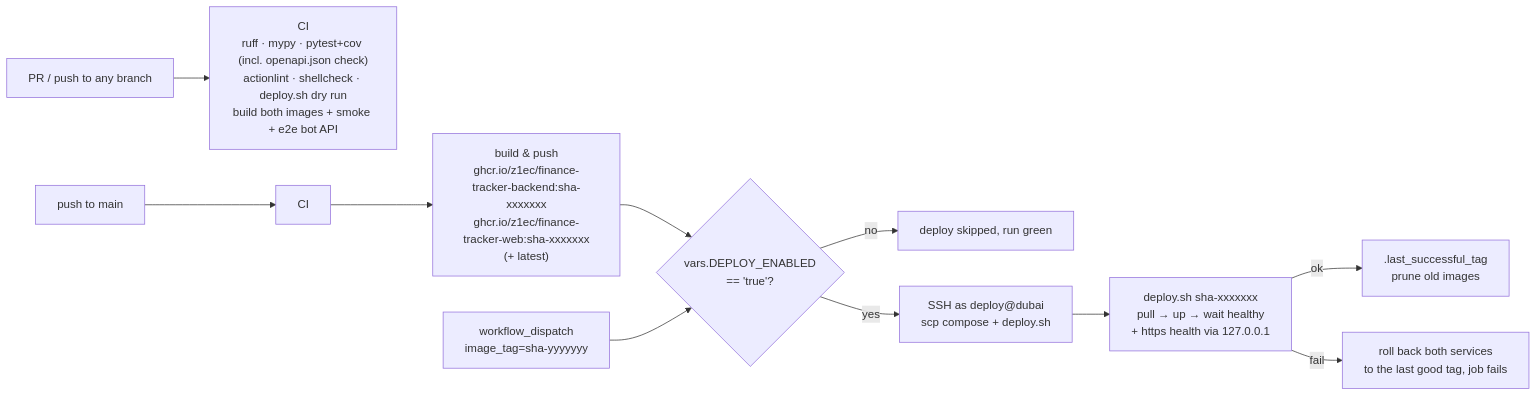
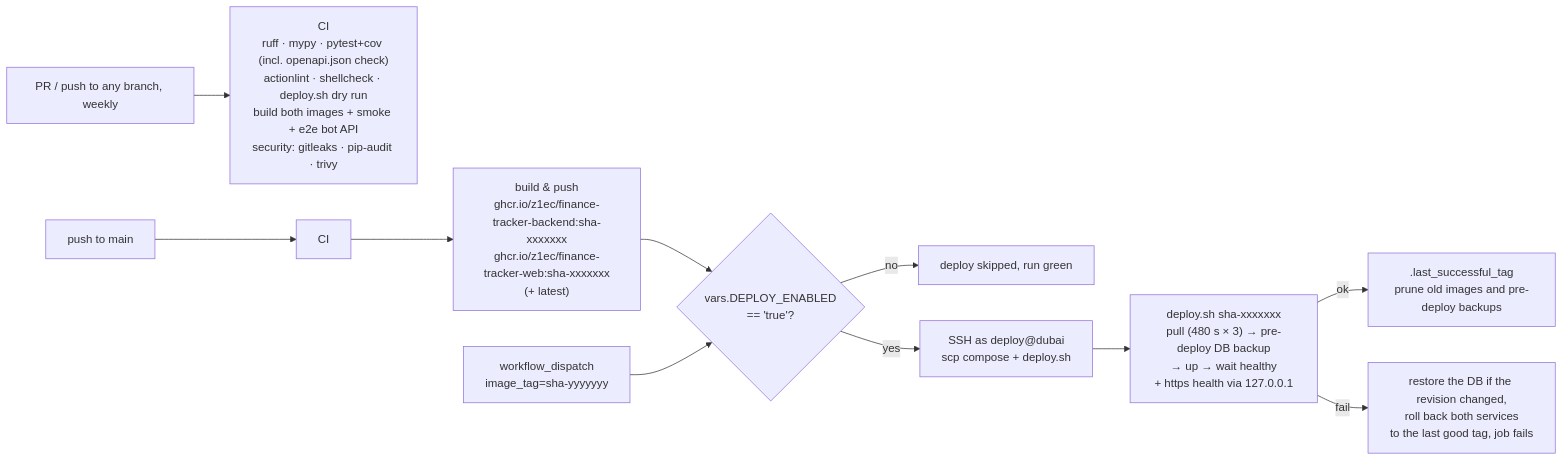
Before and after one commit to z1ec/VAV-finance-tracker: the diagram in docs/DEPLOYMENT.md, drawn with Mermaid. The commit also changed other lines of this file and 10 other files, not shown here.

First line of the commit message:
docs: stage 3b security audit — SECURITY.md, owner steps and secret rotation

````diff
--- a/docs/DEPLOYMENT.md
+++ b/docs/DEPLOYMENT.md
@@ -9,11 +9,11 @@
 ```mermaid
 flowchart LR
-    pr[PR / push to any branch] --> ci["CI<br/>ruff · mypy · pytest+cov (incl. openapi.json check)<br/>actionlint · shellcheck · deploy.sh dry run<br/>build both images + smoke + e2e bot API"]
+    pr[PR / push to any branch, weekly] --> ci["CI<br/>ruff · mypy · pytest+cov (incl. openapi.json check)<br/>actionlint · shellcheck · deploy.sh dry run<br/>build both images + smoke + e2e bot API<br/>security: gitleaks · pip-audit · trivy"]
     main[push to main] --> ci2[CI] --> build["build & push<br/>ghcr.io/z1ec/finance-tracker-backend:sha-xxxxxxx<br/>ghcr.io/z1ec/finance-tracker-web:sha-xxxxxxx<br/>(+ latest)"]
     build --> gate{"vars.DEPLOY_ENABLED<br/>== 'true'?"}
     gate -- no --> skip[deploy skipped, run green]
-    gate -- yes --> ssh["SSH as deploy@dubai<br/>scp compose + deploy.sh"] --> dep["deploy.sh sha-xxxxxxx<br/>pull → up → wait healthy<br/>+ https health via 127.0.0.1"]
-    dep -- ok --> rec[".last_successful_tag<br/>prune old images"]
-    dep -- fail --> rb["roll back both services<br/>to the last good tag, job fails"]
+    gate -- yes --> ssh["SSH as deploy@dubai<br/>scp compose + deploy.sh"] --> dep["deploy.sh sha-xxxxxxx<br/>pull (480 s × 3) → pre-deploy DB backup<br/>→ up → wait healthy<br/>+ https health via 127.0.0.1"]
+    dep -- ok --> rec[".last_successful_tag<br/>prune old images and pre-deploy backups"]
+    dep -- fail --> rb["restore the DB if the revision changed,<br/>roll back both services<br/>to the last good tag, job fails"]
     manual["workflow_dispatch<br/>image_tag=sha-yyyyyyy"] --> gate
 ```
````
